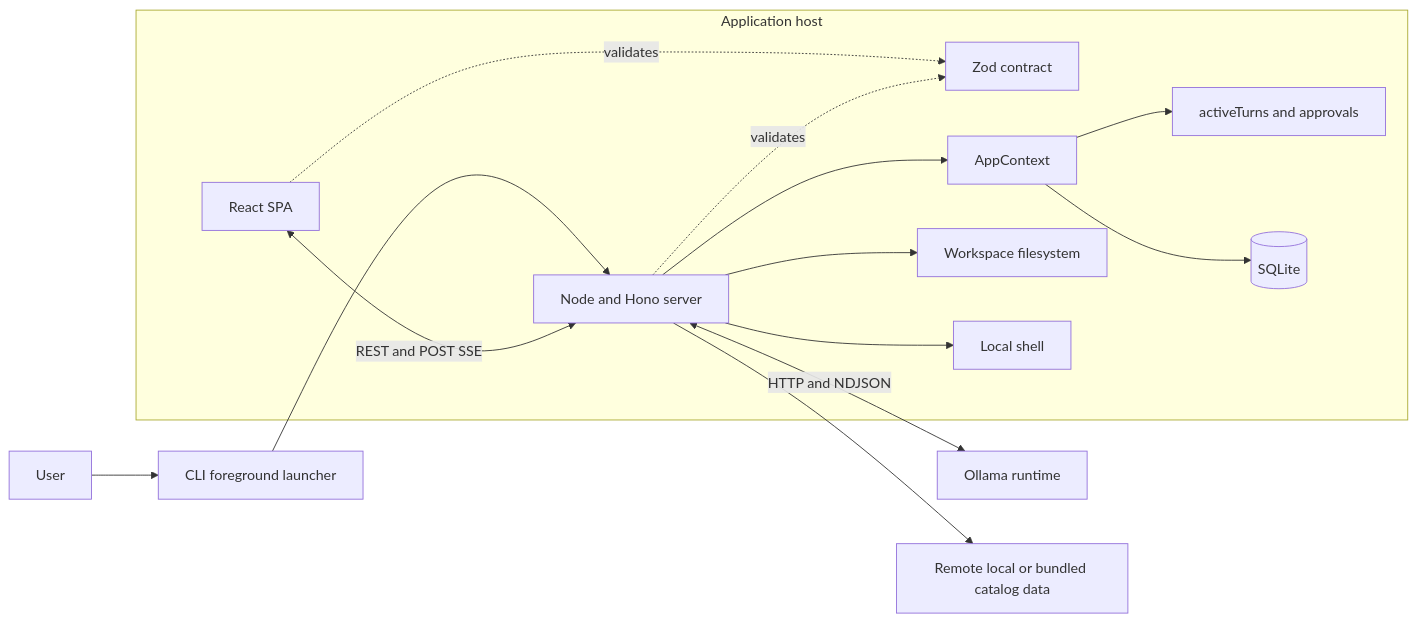
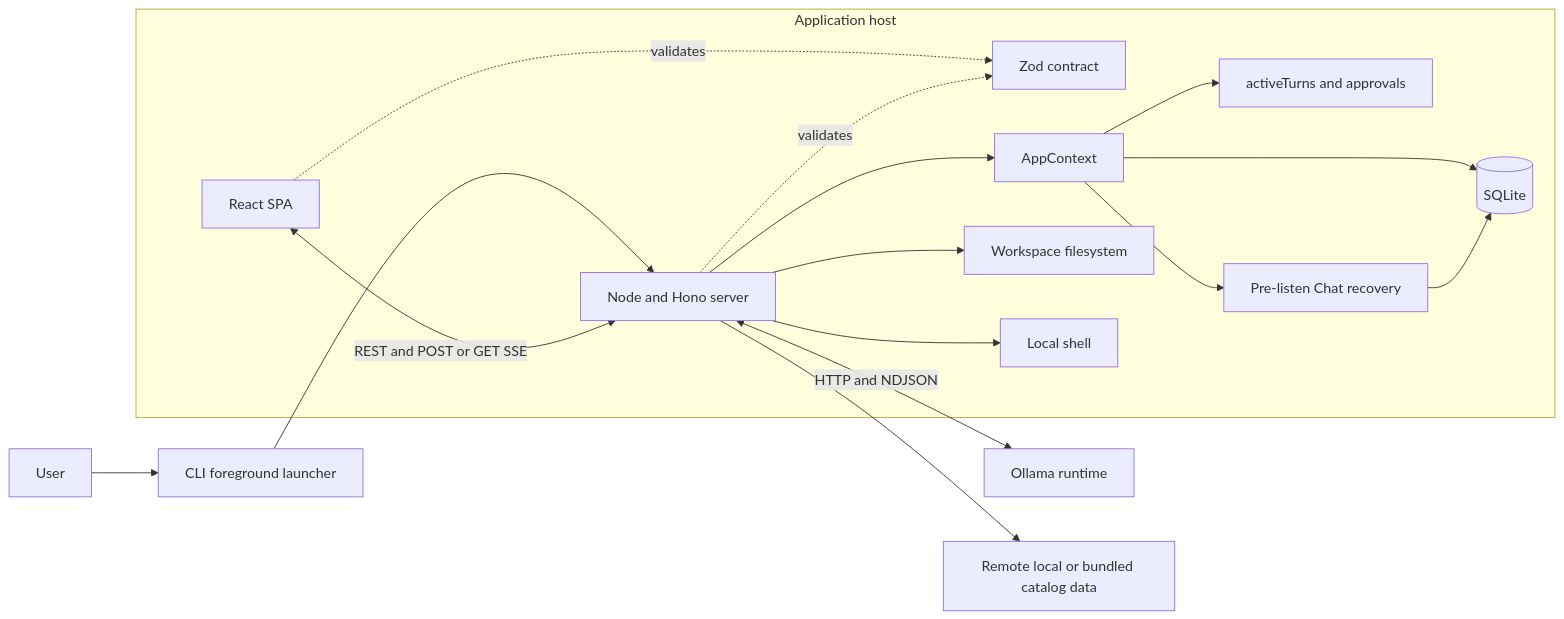
One commit to MattoYuzuru/Guanxi changed the diagram in docs/architecture/diagrams/hld-system-as-is.mmd. Above: the diagram before and after it, drawn with Mermaid. The commit also changed other lines of this file and 10 other files, not shown here.

```diff
--- a/docs/architecture/diagrams/hld-system-as-is.mmd
+++ b/docs/architecture/diagrams/hld-system-as-is.mmd
@@ -1,26 +1,29 @@
 flowchart LR
     User[User] --> CLI[CLI foreground launcher]
     CLI --> Server
 
     subgraph AppHost[Application host]
         Browser[React SPA]
         Server[Node and Hono server]
         Contract[Zod contract]
         Context[AppContext]
         Memory[activeTurns and approvals]
+        Recovery[Pre-listen Chat recovery]
         DB[(SQLite)]
         Files[Workspace filesystem]
         Shell[Local shell]
 
-        Browser <-->|REST and POST SSE| Server
+        Browser <-->|REST and POST or GET SSE| Server
         Browser -. validates .-> Contract
         Server -. validates .-> Contract
         Server --> Context
         Context --> Memory
         Context --> DB
+        Context --> Recovery
+        Recovery --> DB
         Server --> Files
         Server --> Shell
     end
 
     Server <-->|HTTP and NDJSON| Ollama[Ollama runtime]
     Server --> Catalog[Remote local or bundled catalog data]
```
